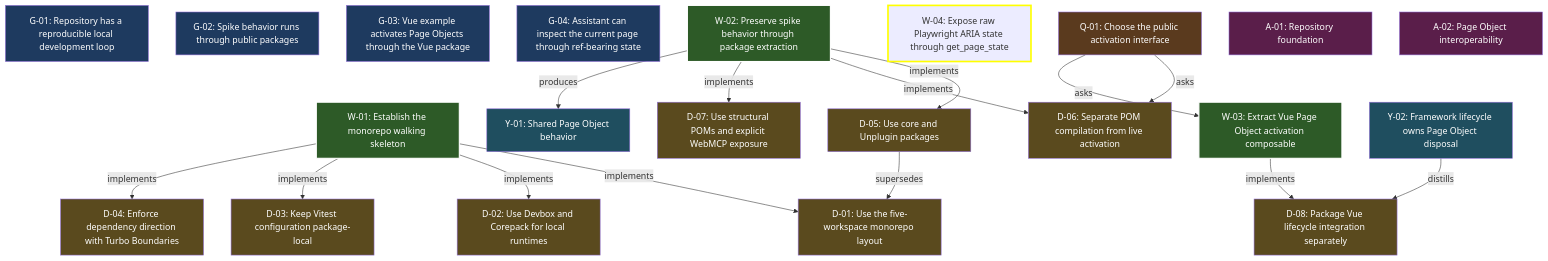
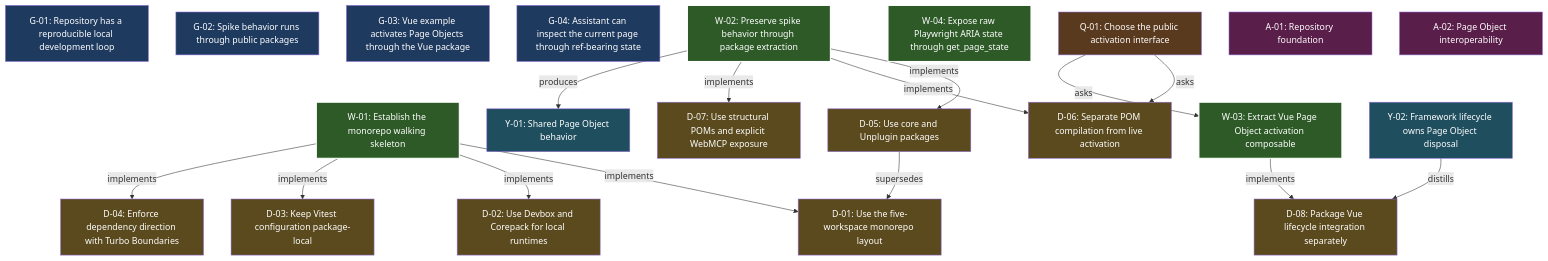
The diagram in .grove/index.md (ayme-labs/ayme-webmcp), drawn with Mermaid before and after one commit. The commit also changed other lines of this file and 2 other files, not shown here.

Commit message:
chore: close page state work item

````diff
--- a/.grove/index.md
+++ b/.grove/index.md
@@ -67,52 +67,51 @@
 ```mermaid
 graph TD
   G_01["G-01: Repository has a reproducible local development loop"]:::goal
   G_02["G-02: Spike behavior runs through public packages"]:::goal
   G_03["G-03: Vue example activates Page Objects through the Vue package"]:::goal
   G_04["G-04: Assistant can inspect the current page through ref-bearing state"]:::goal
   W_01["W-01: Establish the monorepo walking skeleton"]:::done
   W_02["W-02: Preserve spike behavior through package extraction"]:::done
   W_03["W-03: Extract Vue Page Object activation composable"]:::done
-  W_04["W-04: Expose raw Playwright ARIA state through get_page_state"]:::progress,critical
+  W_04["W-04: Expose raw Playwright ARIA state through get_page_state"]:::done
   D_01["D-01: Use the five-workspace monorepo layout"]:::decision
   D_02["D-02: Use Devbox and Corepack for local runtimes"]:::decision
   D_03["D-03: Keep Vitest configuration package-local"]:::decision
   D_04["D-04: Enforce dependency direction with Turbo Boundaries"]:::decision
   D_05["D-05: Use core and Unplugin packages"]:::decision
   D_06["D-06: Separate POM compilation from live activation"]:::decision
   D_07["D-07: Use structural POMs and explicit WebMCP exposure"]:::decision
   D_08["D-08: Package Vue lifecycle integration separately"]:::decision
   Q_01["Q-01: Choose the public activation interface"]:::question
   Y_01["Y-01: Shared Page Object behavior"]:::discovery
   Y_02["Y-02: Framework lifecycle owns Page Object disposal"]:::discovery
   A_01["A-01: Repository foundation"]:::area
   A_02["A-02: Page Object interoperability"]:::area
   D_05 -->|supersedes| D_01
   Q_01 -->|asks| D_06
   Q_01 -->|asks| W_03
   W_01 -->|implements| D_01
   W_01 -->|implements| D_02
   W_01 -->|implements| D_03
   W_01 -->|implements| D_04
   W_02 -->|implements| D_05
   W_02 -->|implements| D_06
   W_02 -->|implements| D_07
   W_02 -->|produces| Y_01
   W_03 -->|implements| D_08
   Y_02 -->|distills| D_08
-  class W_04 critical
 classDef area fill:#5a1e4a,color:#fff
 classDef goal fill:#1e3a5f,color:#fff
 classDef theme fill:#2a4a3a,color:#fff
 classDef decision fill:#5a4a1e,color:#fff
 classDef question fill:#5a3a1e,color:#fff
 classDef assumption fill:#4a2d5a,color:#fff
 classDef spike fill:#3a3a5a,color:#fff
 classDef feature fill:#1e4a4a,color:#fff
 classDef ready fill:#2d5a27,color:#fff
 classDef progress fill:#3a4a6a,color:#fff,stroke:#fff,stroke-width:2px
 classDef done fill:#2d5a27,color:#fff,stroke:#fff,stroke-width:2px
 classDef rejected fill:#5a5a5a,color:#fff
 classDef discovery fill:#1f4e5f,color:#fff
 classDef critical stroke:#ff0,stroke-width:3px
 ```
````
